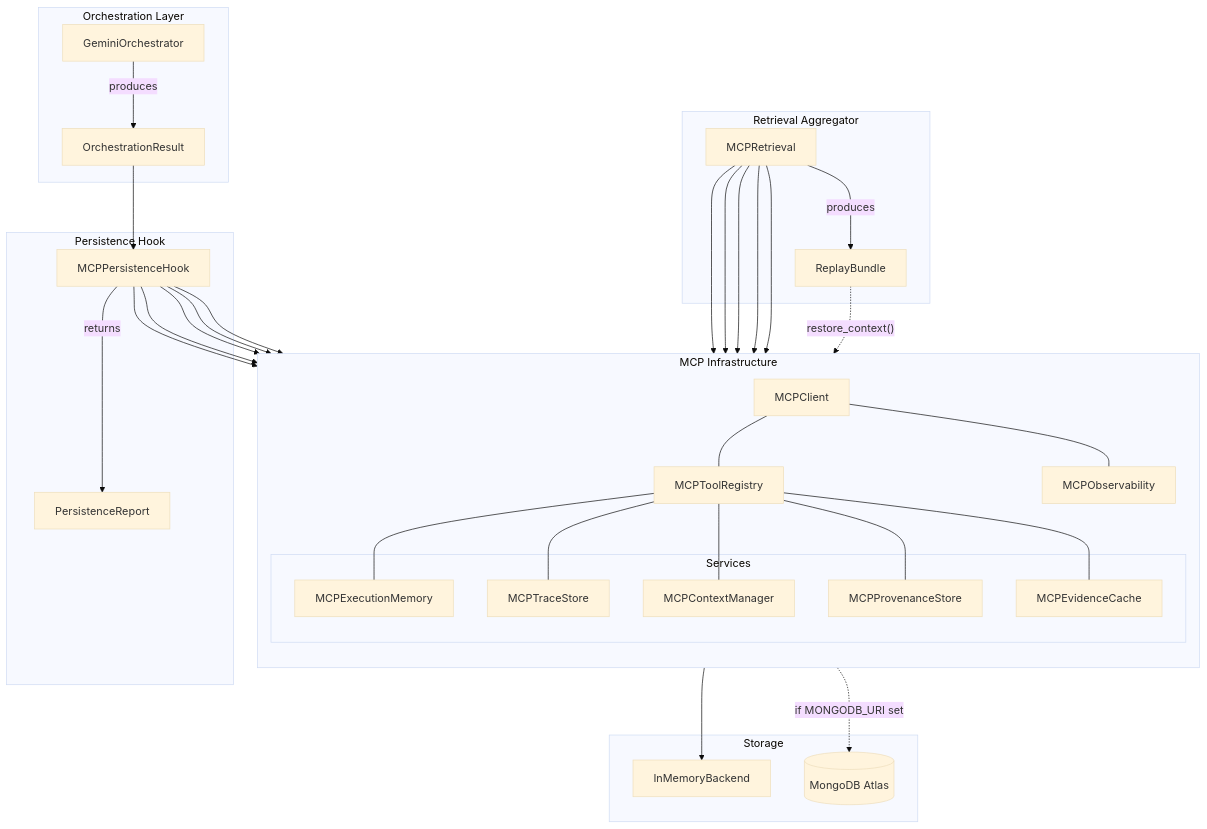
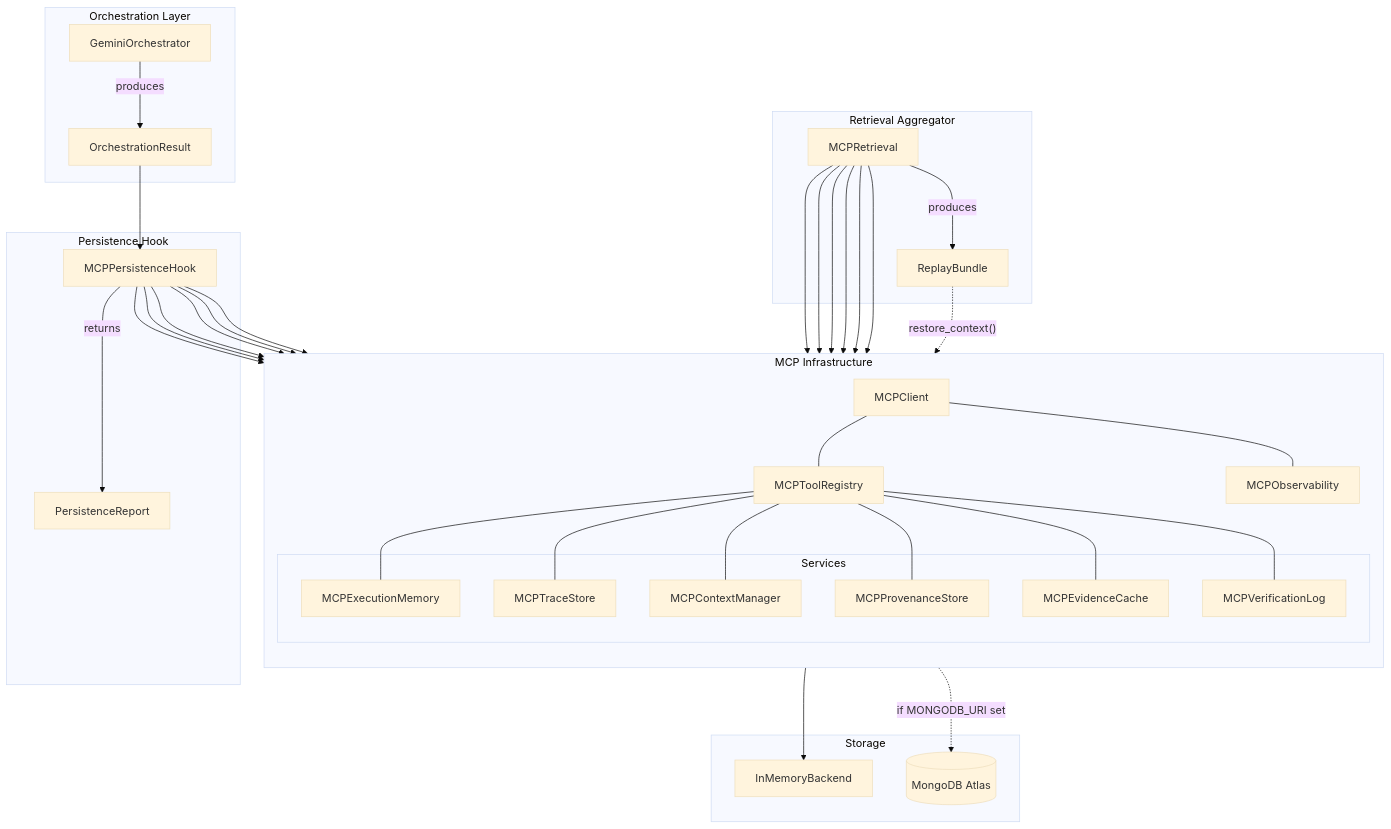
The first of 7 diagrams in architecture/mcp-infrastructure.md (AnukritiAi-hq/anukriti-swarm), drawn with Mermaid (base theme) before and after one commit. The commit also changed other lines of this file and 2 other files, not shown here.

First line of the commit message:
docs: extend mcp_infrastructure_demo + architecture doc for the 6th service

````diff
--- a/architecture/mcp-infrastructure.md
+++ b/architecture/mcp-infrastructure.md
@@ -29,64 +29,68 @@
 ```mermaid
 flowchart TB
     subgraph orch[Orchestration Layer]
         GO[GeminiOrchestrator]
         OR[OrchestrationResult]
         GO -- produces --> OR
     end
 
     subgraph hook[Persistence Hook]
         PH[MCPPersistenceHook]
         PR[PersistenceReport]
         PH -- returns --> PR
     end
 
     subgraph mcp[MCP Infrastructure]
         direction TB
         CL[MCPClient]
         REG[MCPToolRegistry]
         OBS[MCPObservability]
         CL --- REG
         CL --- OBS
 
         subgraph services[Services]
             MEM[MCPExecutionMemory]
             TRC[MCPTraceStore]
             CTX[MCPContextManager]
             PRV[MCPProvenanceStore]
             EVD[MCPEvidenceCache]
+            VLG[MCPVerificationLog]
         end
         REG --- MEM
         REG --- TRC
         REG --- CTX
         REG --- PRV
         REG --- EVD
+        REG --- VLG
     end
 
     subgraph backends[Storage]
         IM[InMemoryBackend]
         MG[(MongoDB Atlas)]
     end
 
     subgraph retrieval[Retrieval Aggregator]
         AGG[MCPRetrieval]
         RB[ReplayBundle]
         AGG -- produces --> RB
     end
 
     OR --> PH
     PH --> MEM
     PH --> TRC
     PH --> CTX
     PH --> PRV
     PH --> EVD
+    PH --> VLG
 
     CL --> IM
     CL -. "if MONGODB_URI set" .-> MG
 
     AGG --> MEM
     AGG --> TRC
     AGG --> CTX
     AGG --> PRV
     AGG --> EVD
+    AGG --> VLG
     RB -. "restore_context()" .-> CTX
 ```
````
